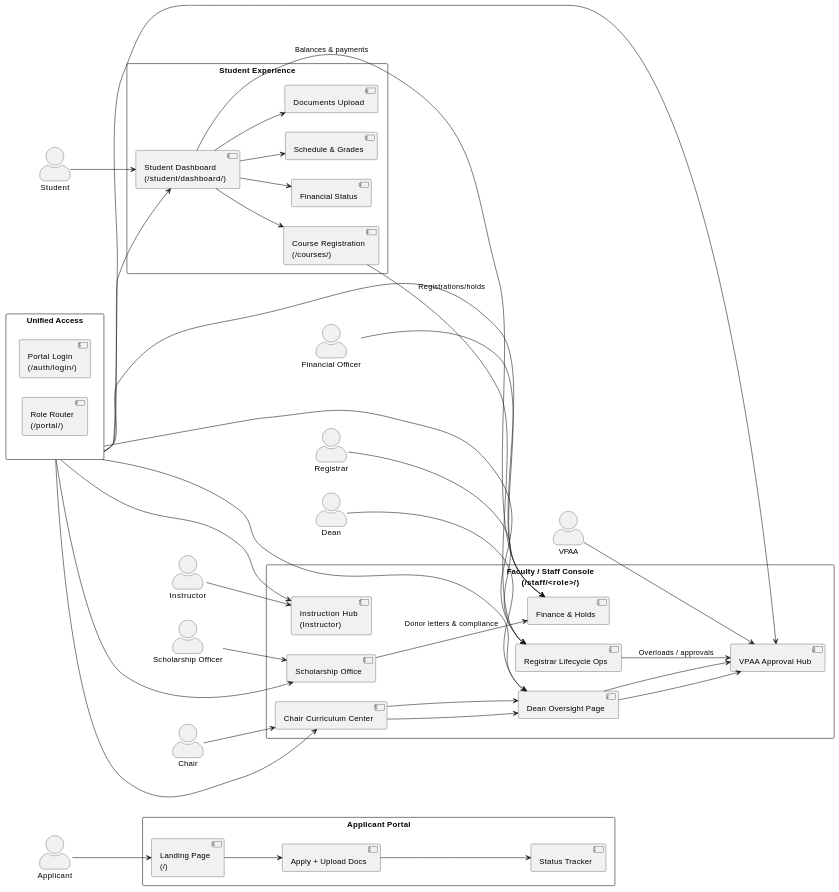
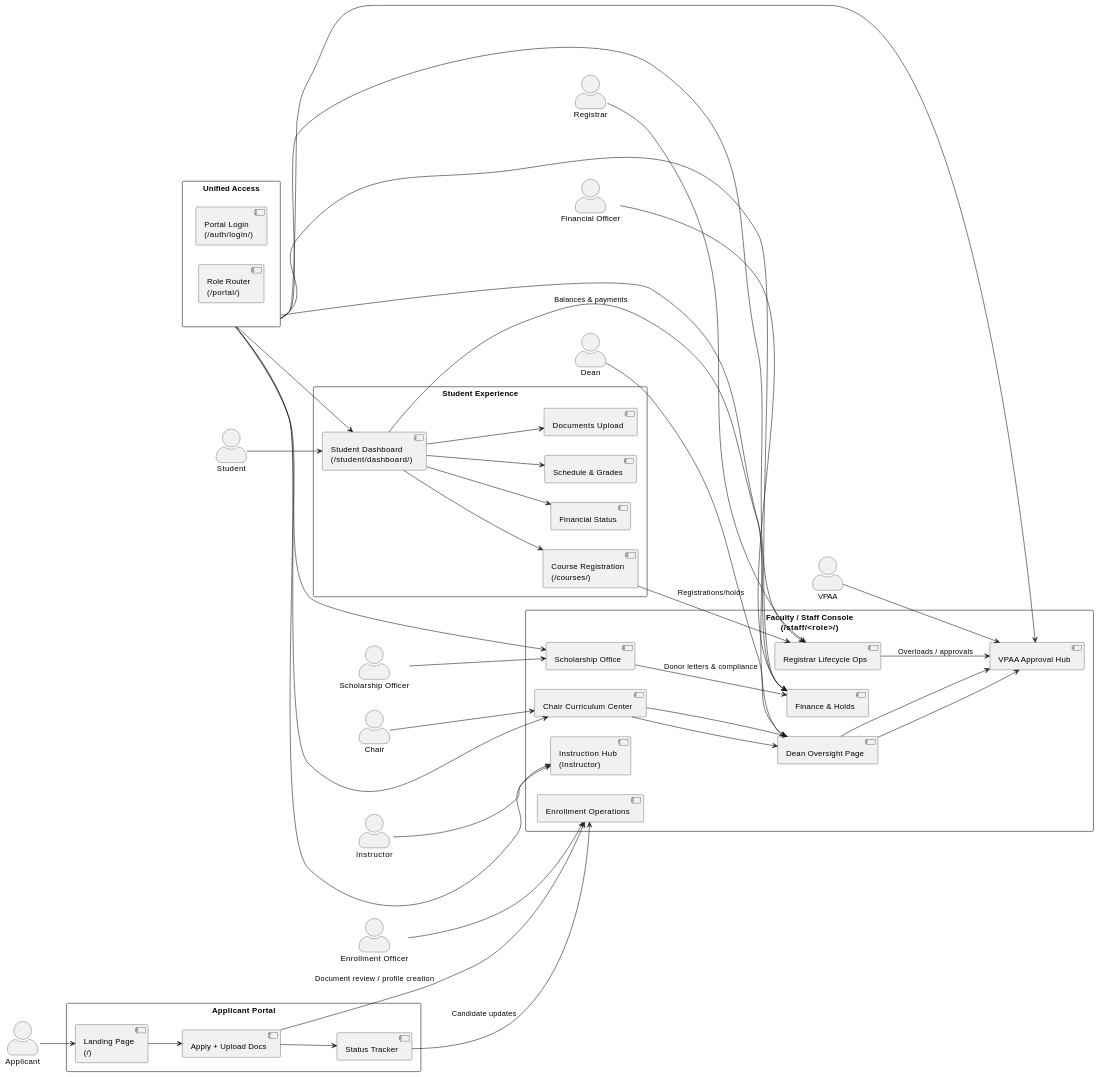
Before and after one commit to maliky/tuth: the diagram in journal.org, drawn with PlantUML.

Commit message:
updated ux

```diff
--- a/journal.org
+++ b/journal.org
@@ -21,6 +21,7 @@
 actor Registrar
 actor "Financial Officer" as Finance
 actor "Scholarship Officer" as Scholarship
+actor "Enrollment Officer" as EnrollOfficer
 
 rectangle "Applicant Portal" {
   [Landing Page\n(/)] as Landing
@@ -58,6 +59,7 @@
   [Registrar Lifecycle Ops] as RegDash
   [Finance & Holds] as FinDash
   [Scholarship Office] as SchDash
+  [Enrollment Operations] as EnrollDash
 
   Instructor --> Instr
   Chair --> ChairDash
@@ -68,6 +70,7 @@
   Registrar --> RegDash
   Finance --> FinDash
   Scholarship --> SchDash
+  EnrollOfficer --> EnrollDash
 }
 
 Portal --> StuDash
@@ -82,6 +85,8 @@
 Courses --> RegDash : Registrations/holds
 StuDash --> FinDash : Balances & payments
 SchDash --> FinDash : Donor letters & compliance
+Apply --> EnrollDash : Document review / profile creation
+Status --> EnrollDash : Candidate updates
 RegDash --> VPaaDash : Overloads / approvals
 ChairDash --> DeanDash
 DeanDash --> VPaaDash
```
